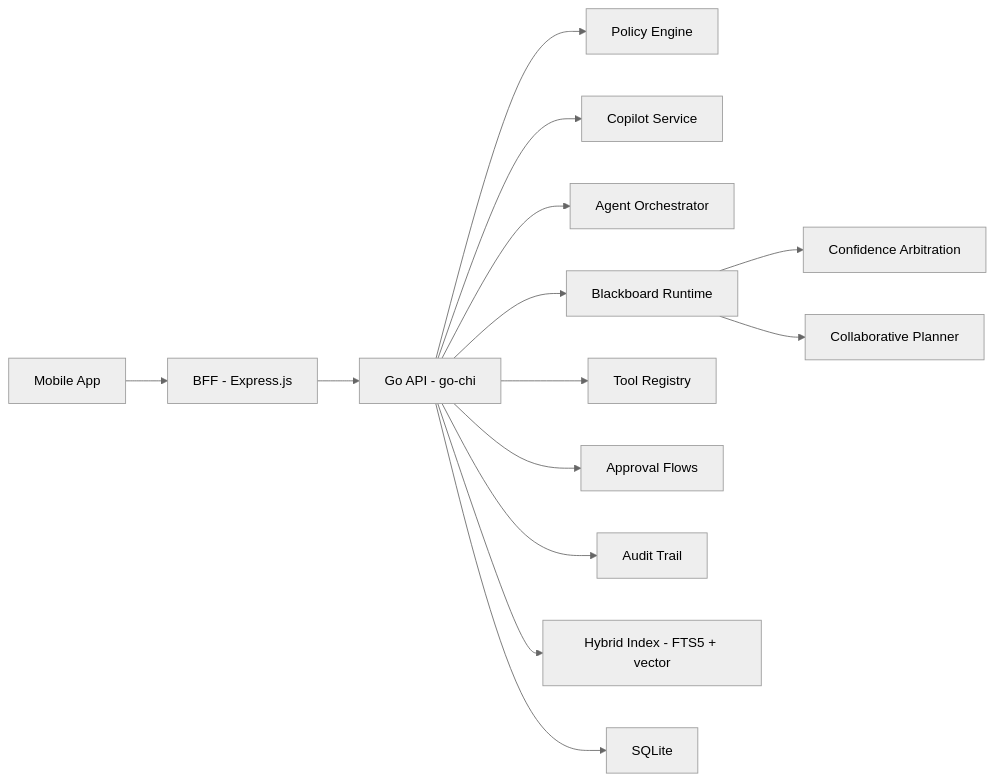
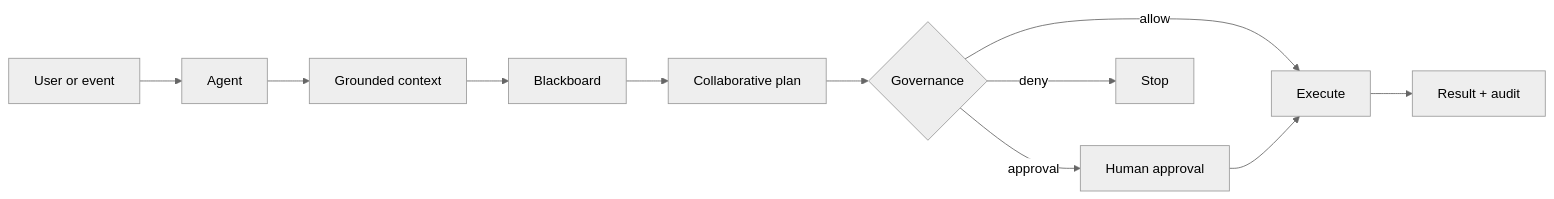
Before and after one commit to krukmat/fenix: the first of 4 diagrams in README.md, drawn with Mermaid (neutral theme). The commit also changed other lines of this file and 5 other files, not shown here.

````diff
--- a/README.md
+++ b/README.md
@@ -228,16 +43,13 @@
 ```mermaid
 flowchart LR
-    MOB[Mobile App] --> BFF[BFF - Express.js]
-    BFF --> API[Go API - go-chi]
-    API --> POLICY[Policy Engine]
-    API --> COPILOT[Copilot Service]
-    API --> AGENTS[Agent Orchestrator]
-    API --> BLACKBOARD[Blackboard Runtime]
-    BLACKBOARD --> ARB[Confidence Arbitration]
-    BLACKBOARD --> PLAN[Collaborative Planner]
-    API --> TOOLS[Tool Registry]
-    API --> APPROVALS[Approval Flows]
-    API --> AUDIT[Audit Trail]
-    API --> IDX[Hybrid Index - FTS5 + vector]
-    API --> DB[SQLite]
+    U[User or event] --> A[Agent]
+    A --> K[Grounded context]
+    K --> B[Blackboard]
+    B --> P[Collaborative plan]
+    P --> G{Governance}
+    G -->|allow| T[Execute]
+    G -->|approval| H[Human approval]
+    H --> T
+    G -->|deny| X[Stop]
+    T --> O[Result + audit]
 ```
````
